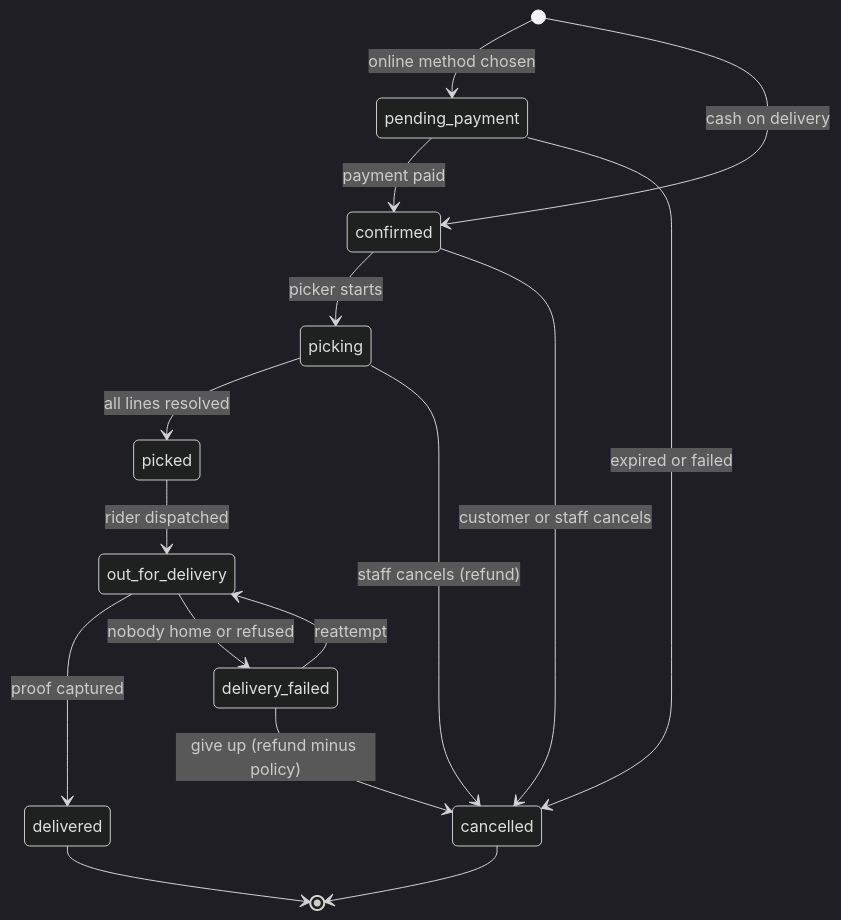
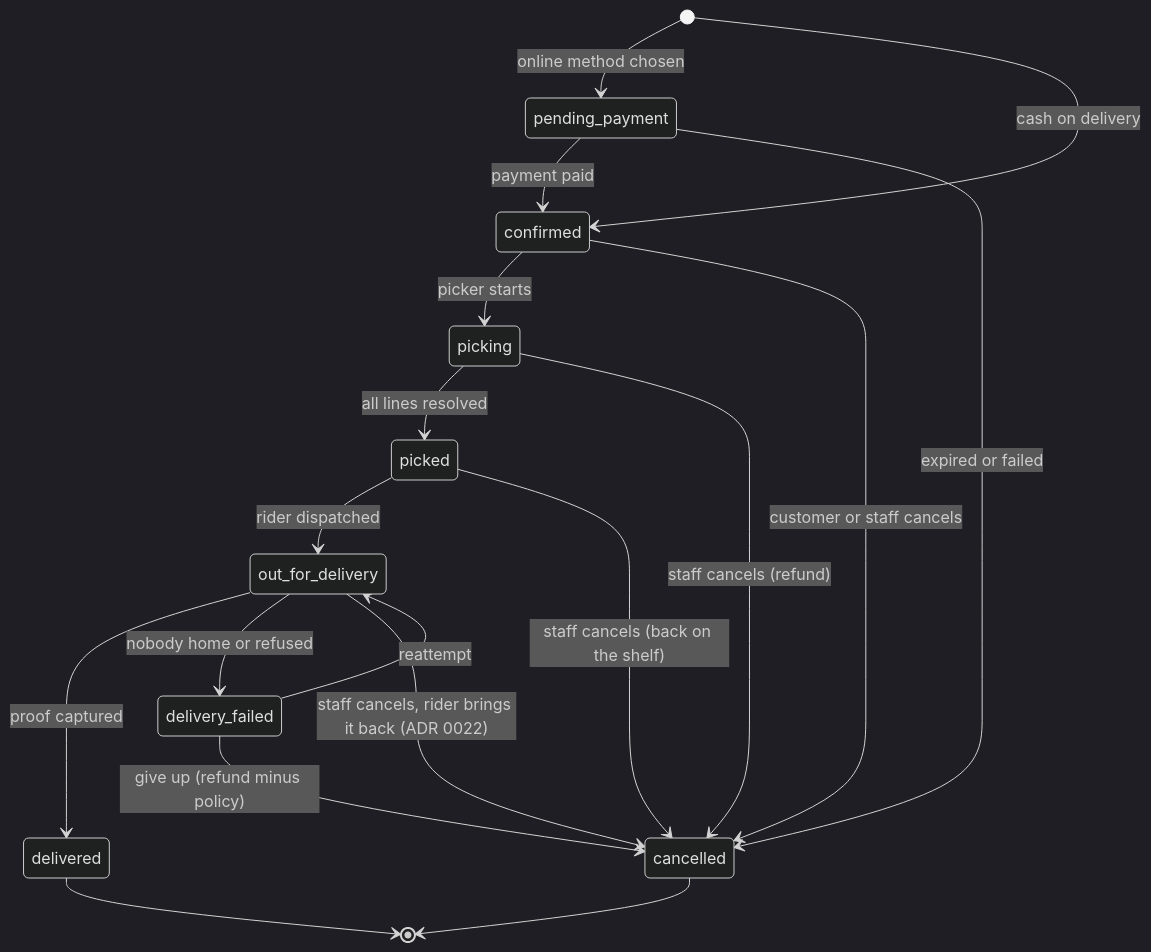
One commit to xtiannjose/Hoshimono changed the diagram in docs/03-ARCHITECTURE.md. Above: the diagram before and after it, drawn with Mermaid (dark theme). The commit also changed other lines of this file and 38 other files, not shown here.

First line of the commit message:
feat(operations): staff tools for the runbook's last gaps (ADR 0022)

````diff
--- a/docs/03-ARCHITECTURE.md
+++ b/docs/03-ARCHITECTURE.md
@@ -134,18 +134,20 @@
 ```mermaid
 stateDiagram-v2
     [*] --> pending_payment: online method chosen
     [*] --> confirmed: cash on delivery
     pending_payment --> confirmed: payment paid
     pending_payment --> cancelled: expired or failed
     confirmed --> picking: picker starts
     confirmed --> cancelled: customer or staff cancels
     picking --> picked: all lines resolved
     picking --> cancelled: staff cancels (refund)
     picked --> out_for_delivery: rider dispatched
+    picked --> cancelled: staff cancels (back on the shelf)
     out_for_delivery --> delivered: proof captured
     out_for_delivery --> delivery_failed: nobody home or refused
+    out_for_delivery --> cancelled: staff cancels, rider brings it back (ADR 0022)
     delivery_failed --> out_for_delivery: reattempt
     delivery_failed --> cancelled: give up (refund minus policy)
     delivered --> [*]
     cancelled --> [*]
 ```
````
